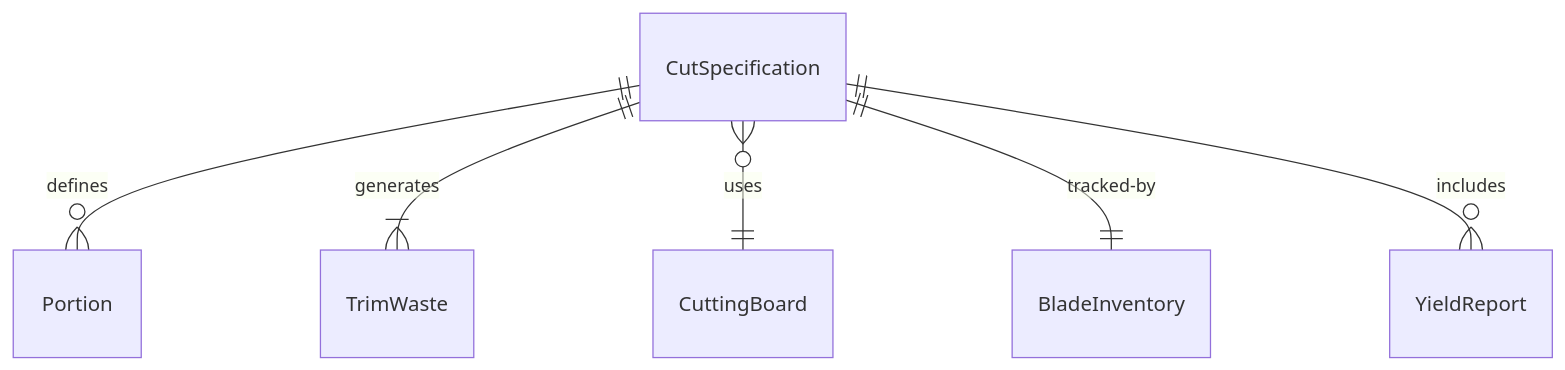
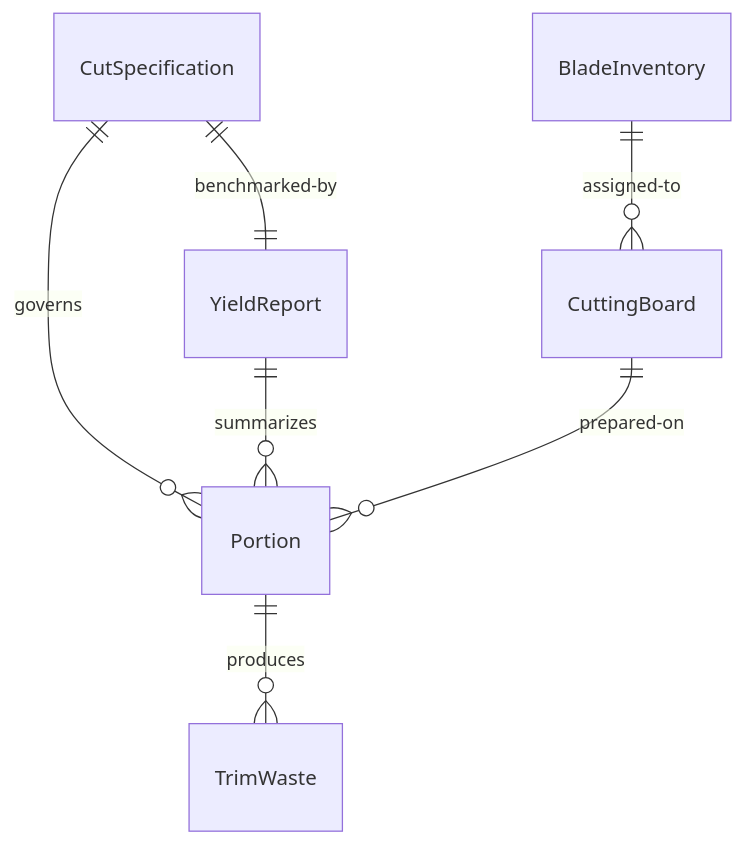
One commit to dot-org-ai/tasks.org.ai changed the first of 4 diagrams in HandlingAndMovingObjects/HandleFoodOrFoodPreparationMaterials/CutFoodProducts.mdx. Above: the diagram before and after it, drawn with Mermaid. The commit also changed other lines of this file and 515 other files, not shown here.

````diff
--- a/HandlingAndMovingObjects/HandleFoodOrFoodPreparationMaterials/CutFoodProducts.mdx
+++ b/HandlingAndMovingObjects/HandleFoodOrFoodPreparationMaterials/CutFoodProducts.mdx
@@ -89,8 +89,9 @@
 ```mermaid
 erDiagram
-    CutSpecification ||--o{ Portion : "defines"
-    CutSpecification ||--|{ TrimWaste : "generates"
-    CutSpecification }o--|| CuttingBoard : "uses"
-    CutSpecification ||--|| BladeInventory : "tracked-by"
-    CutSpecification ||--o{ YieldReport : "includes"
+    CutSpecification ||--o{ Portion : "governs"
+    Portion ||--o{ TrimWaste : "produces"
+    CuttingBoard ||--o{ Portion : "prepared-on"
+    BladeInventory ||--o{ CuttingBoard : "assigned-to"
+    YieldReport ||--o{ Portion : "summarizes"
+    CutSpecification ||--|| YieldReport : "benchmarked-by"
 ```
````
